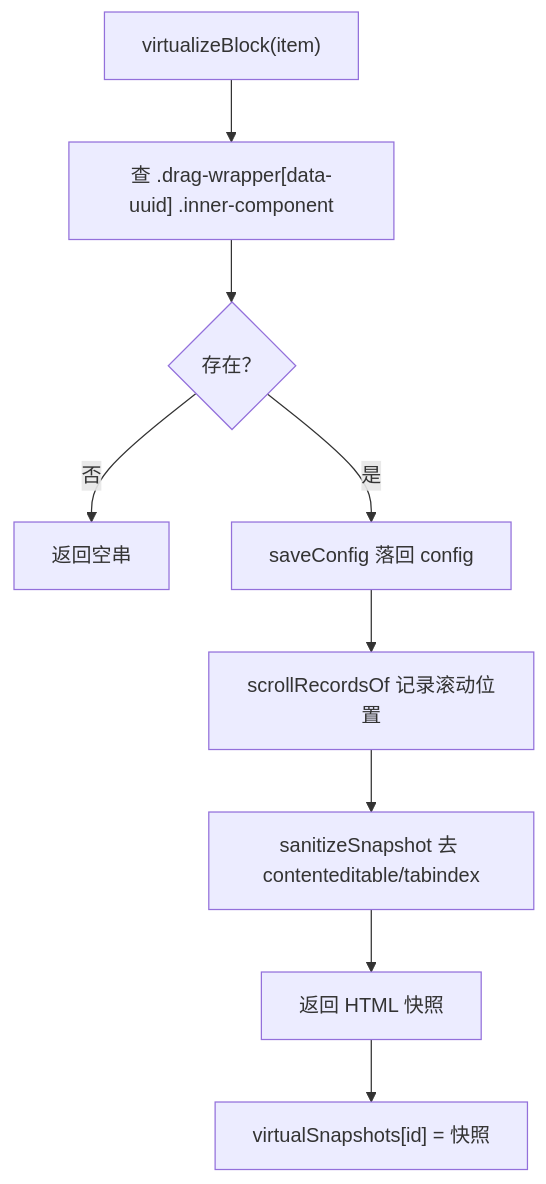
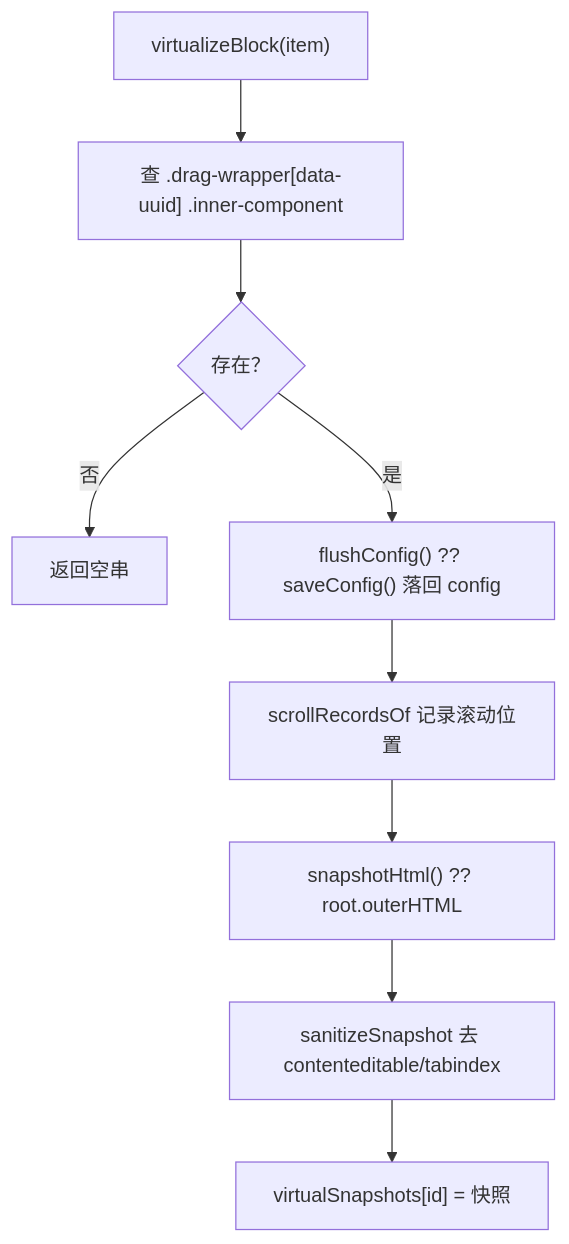
One commit to LogicAurora/Mindrizzle changed the fourth of 5 diagrams in src/docs/flow/05-block-lifecycle.md. Above: the diagram before and after it, drawn with Mermaid. The commit also changed other lines of this file and 35 other files, not shown here.

````diff
--- a/src/docs/flow/05-block-lifecycle.md
+++ b/src/docs/flow/05-block-lifecycle.md
@@ -69,11 +69,11 @@
 ```mermaid
 flowchart TD
   A["virtualizeBlock(item)"] --> B["查 .drag-wrapper[data-uuid] .inner-component"]
   B --> C{"存在？"}
   C -->|否| Z["返回空串"]
-  C -->|是| D["saveConfig 落回 config"]
+  C -->|是| D["flushConfig() ?? saveConfig() 落回 config"]
   D --> E["scrollRecordsOf 记录滚动位置"]
-  E --> F["sanitizeSnapshot 去 contenteditable/tabindex"]
-  F --> G["返回 HTML 快照"]
+  E --> F["snapshotHtml() ?? root.outerHTML"]
+  F --> G["sanitizeSnapshot 去 contenteditable/tabindex"]
   G --> H["virtualSnapshots[id] = 快照"]
 ```
````
